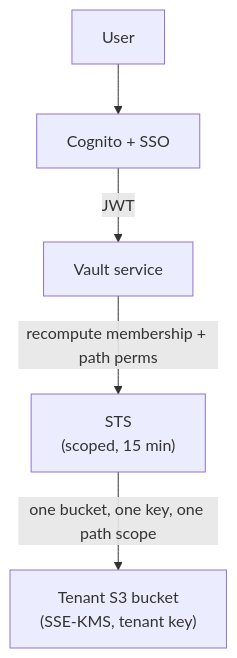
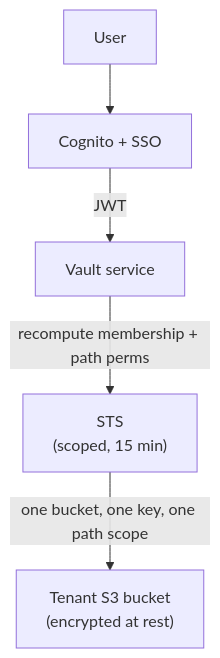
The diagram in src/content/docs/hq/security/1-overview.mdx (indigoai-us/indigo-docs), drawn with Mermaid before and after one commit. The commit also changed other lines of this file and 92 other files, not shown here.

````diff
--- a/src/content/docs/hq/security/1-overview.mdx
+++ b/src/content/docs/hq/security/1-overview.mdx
@@ -52,7 +53,7 @@
 ```mermaid
 graph TD
     user["User"] --> cognito["Cognito + SSO"]
     cognito -->|JWT| vault["Vault service"]
     vault -->|recompute membership + path perms| sts["STS<br/>(scoped, 15&nbsp;min)"]
-    sts -->|one bucket, one key, one path scope| s3["Tenant S3 bucket<br/>(SSE-KMS, tenant key)"]
+    sts -->|one bucket, one key, one path scope| s3["Tenant S3 bucket<br/>(encrypted at rest)"]
 ```
````
